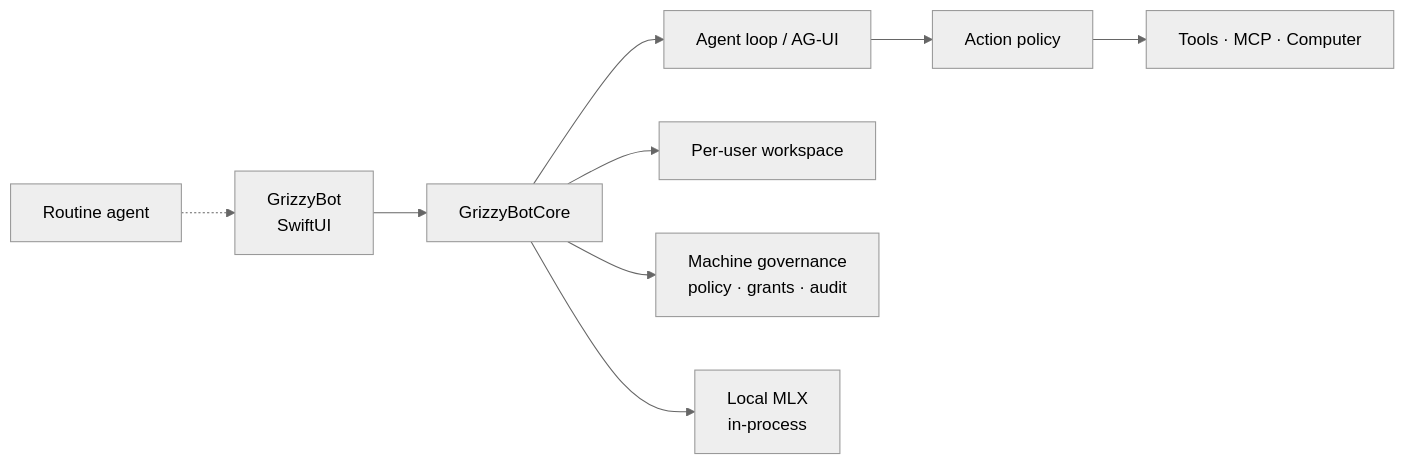
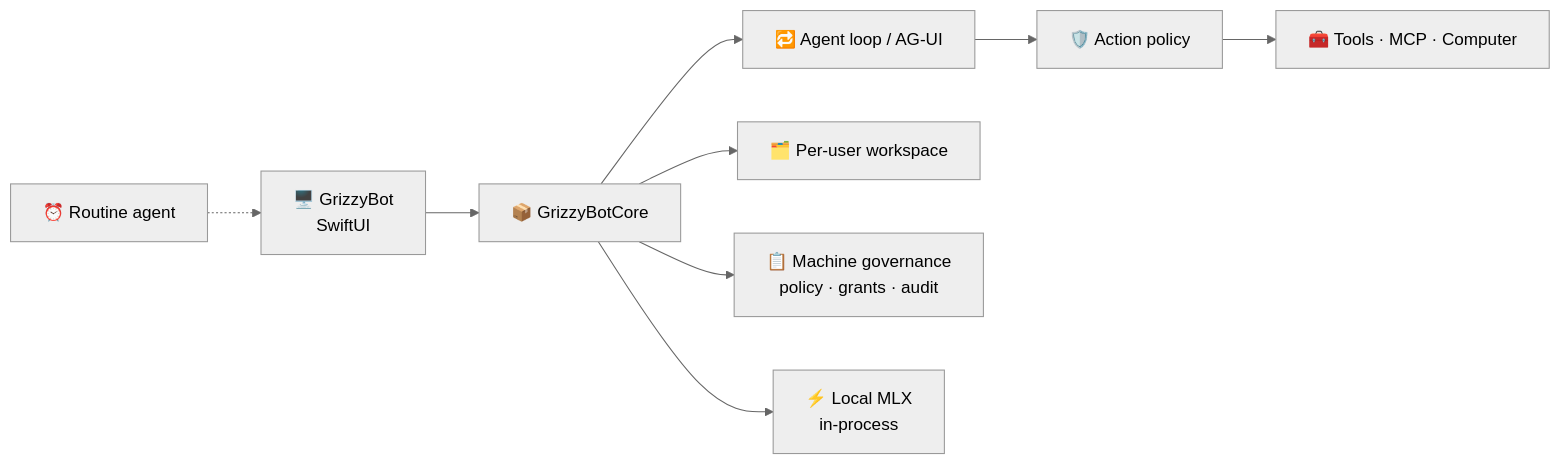
The diagram in README.md (Foscoe63/GrizzyBot), drawn with Mermaid (neutral theme) before and after one commit. The commit also changed other lines of this file, not shown here.

````diff
--- a/README.md
+++ b/README.md
@@ -392,11 +448,11 @@
 ```mermaid
 flowchart LR
-  UI["GrizzyBot<br/>SwiftUI"] --> Core["GrizzyBotCore"]
-  Core --> Loop["Agent loop / AG-UI"]
-  Loop --> Policy["Action policy"]
-  Policy --> Tools["Tools · MCP · Computer"]
-  Core --> Store["Per-user workspace"]
-  Core --> Gov["Machine governance<br/>policy · grants · audit"]
-  Core --> MLX["Local MLX<br/>in-process"]
-  Helper["Routine agent"] -.-> UI
+  UI["🖥️ GrizzyBot<br/>SwiftUI"] --> Core["📦 GrizzyBotCore"]
+  Core --> Loop["🔁 Agent loop / AG-UI"]
+  Loop --> Policy["🛡️ Action policy"]
+  Policy --> Tools["🧰 Tools · MCP · Computer"]
+  Core --> Store["🗂️ Per-user workspace"]
+  Core --> Gov["📋 Machine governance<br/>policy · grants · audit"]
+  Core --> MLX["⚡ Local MLX<br/>in-process"]
+  Helper["⏰ Routine agent"] -.-> UI
 ```
````
